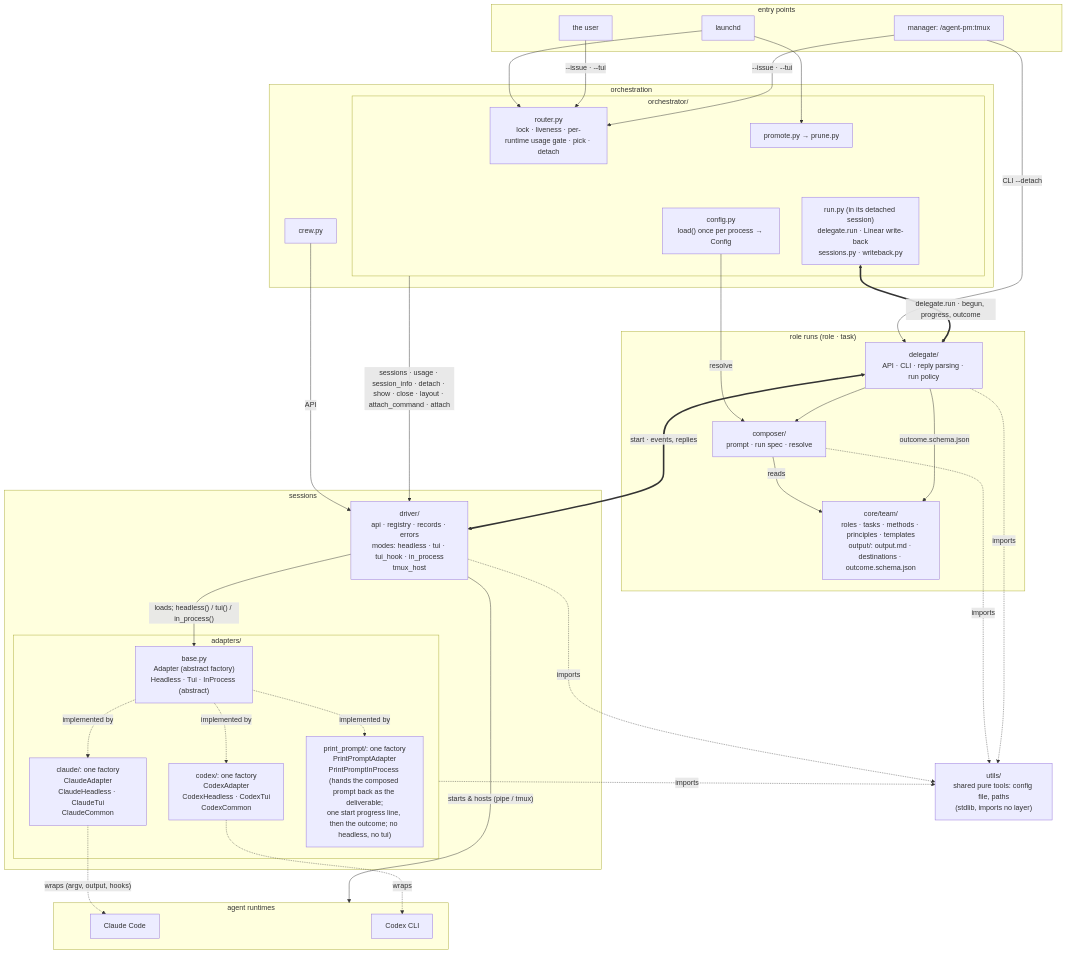
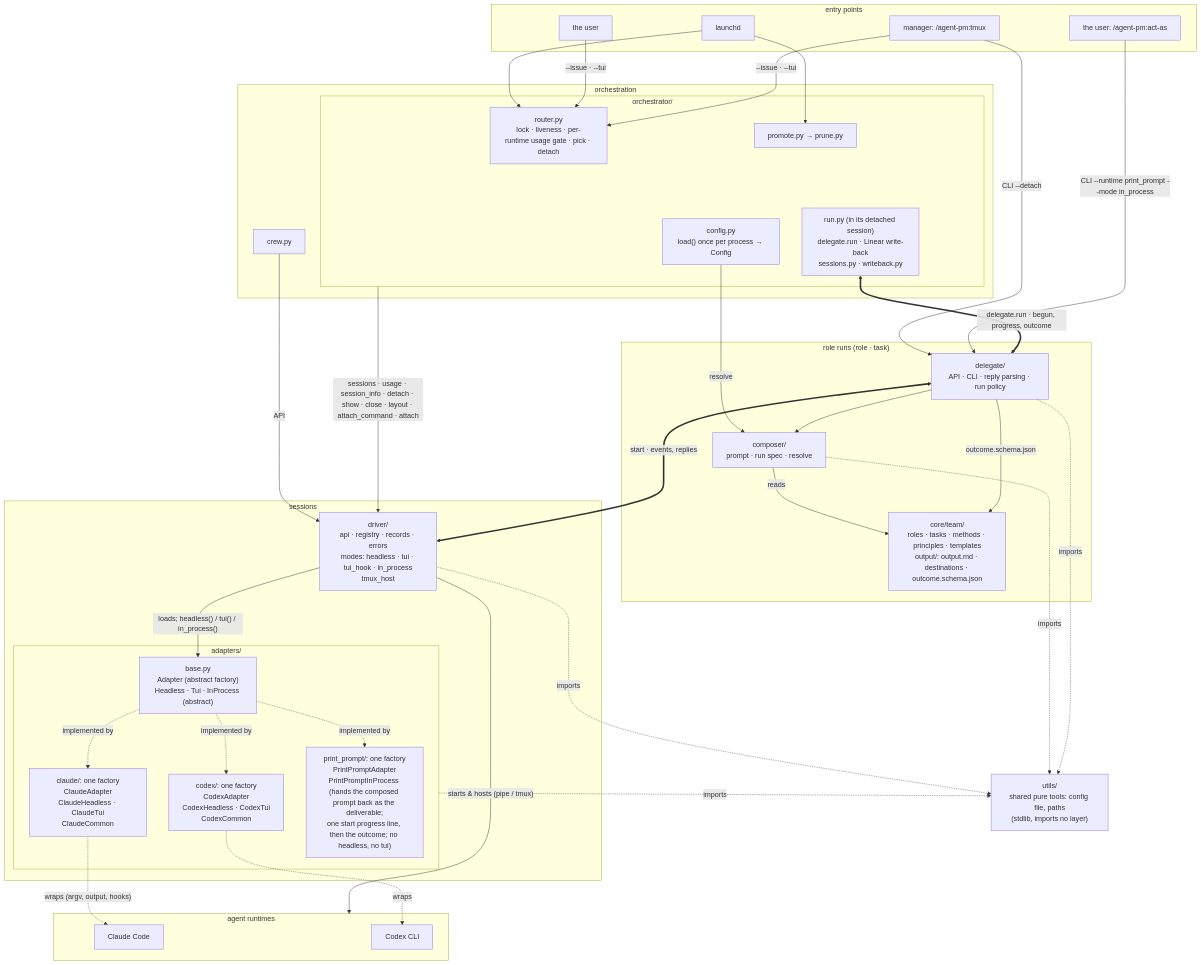
The second of 4 diagrams in README.md (ophis/agent-pm), drawn with Mermaid before and after one commit.

Commit message:
README: act-as entry edge in the architecture diagram
Claude-Session: https://claude.ai/code/session_01DWNTKp8E4ZkndBswMuqLEu

````diff
--- a/README.md
+++ b/README.md
@@ -20,60 +20,62 @@
 ```mermaid
 flowchart TB
   subgraph EN[entry points]
     LD[launchd]
     HU[the user]
     M["manager: /agent-pm:tmux"]
+    A["the user: /agent-pm:act-as"]
   end
   subgraph L1[orchestration]
     subgraph OR[orchestrator/]
       R["router.py<br>lock · liveness · per-runtime usage gate · pick · detach"]
       RU["run.py (in its detached session)<br>delegate.run · Linear write-back<br>sessions.py · writeback.py"]
       PP["promote.py → prune.py"]
       CF["config.py<br>load() once per process → Config"]
     end
     W[crew.py]
   end
   subgraph L2["role runs (role · task)"]
     D["delegate/<br>API · CLI · reply parsing · run policy"]
     C["composer/<br>prompt · run spec · resolve"]
     T["core/team/<br>roles · tasks · methods · principles · templates<br>output/: output.md · destinations · outcome.schema.json"]
   end
   subgraph L3[sessions]
     DR["driver/<br>api · registry · records · errors<br>modes: headless · tui · tui_hook · in_process<br>tmux_host"]
     subgraph AD[adapters/]
       B["base.py<br>Adapter (abstract factory)<br>Headless · Tui · InProcess (abstract)"]
       CL["claude/: one factory<br>ClaudeAdapter<br>ClaudeHeadless · ClaudeTui<br>ClaudeCommon"]
       CX["codex/: one factory<br>CodexAdapter<br>CodexHeadless · CodexTui<br>CodexCommon"]
       PP2["print_prompt/: one factory<br>PrintPromptAdapter<br>PrintPromptInProcess (hands the composed prompt back as the deliverable;<br>one start progress line, then the outcome; no headless, no tui)"]
     end
   end
   U["utils/<br>shared pure tools: config file, paths<br>(stdlib, imports no layer)"]
   subgraph RT[agent runtimes]
     P1[Claude Code]
     P2[Codex CLI]
   end
   LD --> R & PP
   HU -->|"--issue · --tui"| R
   M -->|"--issue · --tui"| R
   M -->|"CLI --detach"| D
+  A -->|"CLI --runtime print_prompt --mode in_process"| D
   W -->|API| DR
   RU <==>|"delegate.run · begun, progress, outcome"| D
   CF -->|resolve| C
   OR -->|"sessions · usage · session_info · detach · show · close · layout · attach_command · attach"| DR
   D --> C
   C -->|reads| T
   D -->|"outcome.schema.json"| T
   D <==>|"start · events, replies"| DR
   DR -->|"loads; headless() / tui() / in_process()"| B
   B -.->|implemented by| CL & CX & PP2
   DR -->|"starts & hosts (pipe / tmux)"| RT
   CL -.->|"wraps (argv, output, hooks)"| P1
   CX -.->|wraps| P2
   C -.->|imports| U
   DR -.->|imports| U
   AD -.->|imports| U
   D -.->|imports| U
   R ~~~ RU
   PP ~~~ CF
   C ~~~ DR
 ```
````
